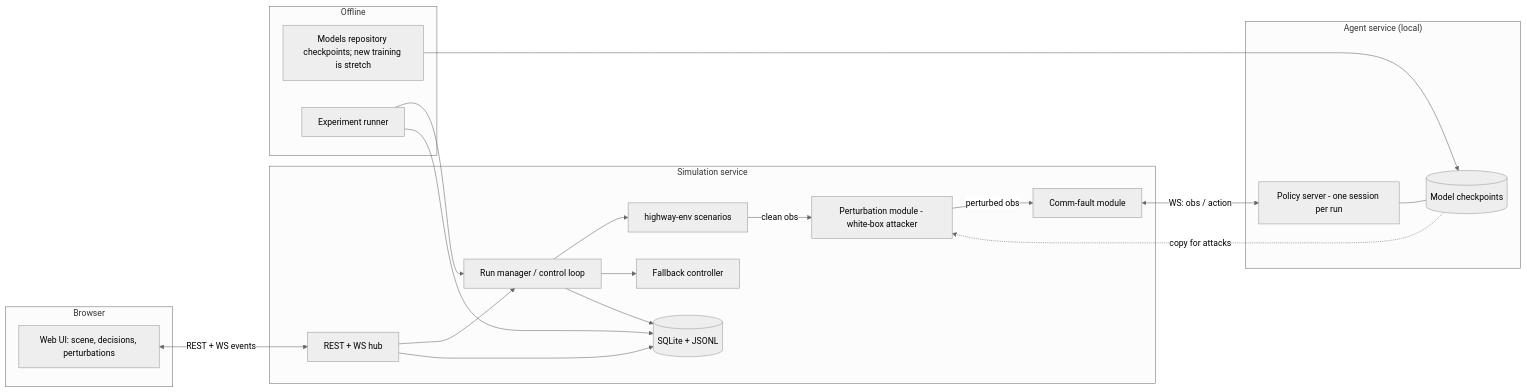
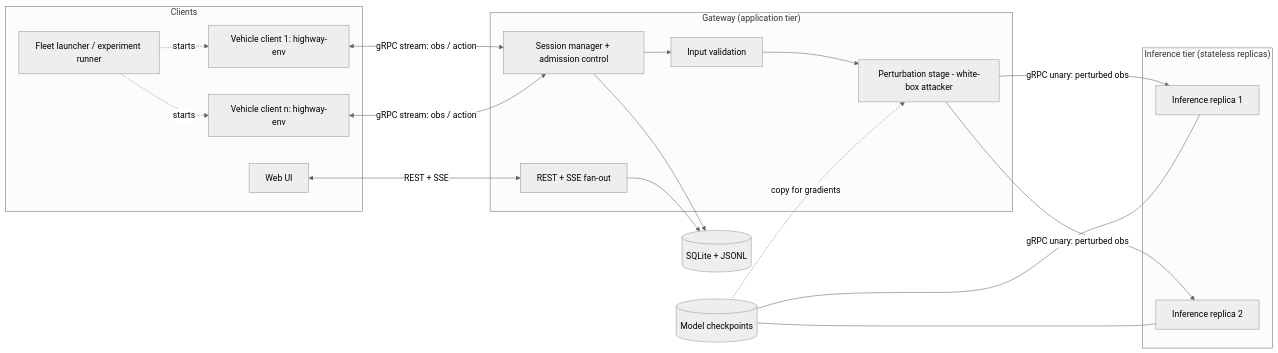
One commit to Internet-CADS/P7-Internet-Connected-Autonomous-Driving-System changed the diagram in docs/SPEC.md. Above: the diagram before and after it, drawn with Mermaid (neutral theme). The commit also changed other lines of this file and 1 other file, not shown here.

First line of the commit message:
docs: spec v0.5 (vehicle clients, gateway and inference tier; comm faults removed)

````diff
--- a/docs/SPEC.md
+++ b/docs/SPEC.md
@@ -333,37 +359,34 @@
 ```mermaid
 flowchart LR
-    subgraph Browser
-        UI[Web UI: scene, decisions, perturbations]
+    subgraph Clients
+        V1[Vehicle client 1: highway-env]
+        VN[Vehicle client n: highway-env]
+        UI[Web UI]
+        FL[Fleet launcher / experiment runner]
     end
-    subgraph Sim["Simulation service"]
-        API[REST + WS hub]
-        RUN[Run manager / control loop]
-        ENV[highway-env scenarios]
-        PERT[Perturbation module - white-box attacker]
-        FAULT[Comm-fault module]
-        FB[Fallback controller]
-        DB[(SQLite + JSONL)]
+    subgraph GW["Gateway (application tier)"]
+        SES[Session manager + admission control]
+        VAL[Input validation]
+        PERT[Perturbation stage - white-box attacker]
+        API[REST + SSE fan-out]
     end
-    subgraph Agent["Agent service (local)"]
-        POL[Policy server - one session per run]
-        CKPT[(Model checkpoints)]
+    subgraph INF["Inference tier (stateless replicas)"]
+        I1[Inference replica 1]
+        I2[Inference replica 2]
     end
-    subgraph Offline
-        TRAIN[Models repository checkpoints; new training is stretch]
-        EXP[Experiment runner]
-    end
-    UI <-->|REST + WS events| API
-    API --> RUN
-    RUN --> ENV
-    ENV -->|clean obs| PERT
-    PERT -->|perturbed obs| FAULT
-    FAULT <-->|WS: obs / action| POL
-    POL --- CKPT
-    RUN --> FB
-    RUN --> DB
+    DB[(SQLite + JSONL)]
+    CK[(Model checkpoints)]
+    FL -. starts .-> V1
+    FL -. starts .-> VN
+    V1 <-->|gRPC stream: obs / action| SES
+    VN <-->|gRPC stream: obs / action| SES
+    SES --> VAL --> PERT
+    PERT -->|gRPC unary: perturbed obs| I1
+    PERT -->|gRPC unary: perturbed obs| I2
+    SES --> DB
     API --> DB
-    TRAIN --> CKPT
-    CKPT -. copy for attacks .-> PERT
-    EXP --> RUN
-    EXP --> DB
+    UI <-->|REST + SSE| API
+    CK --- I1
+    CK --- I2
+    CK -. copy for gradients .-> PERT
 ```
````
